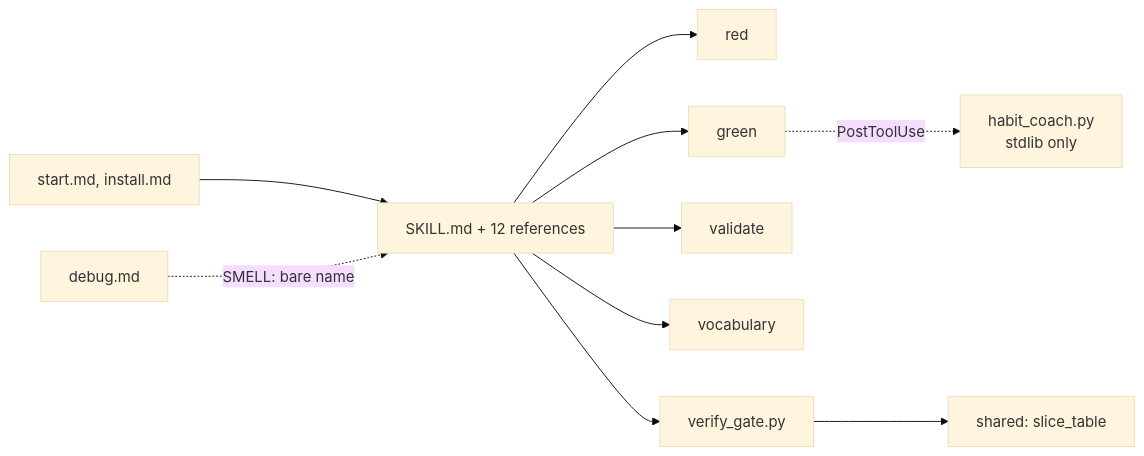
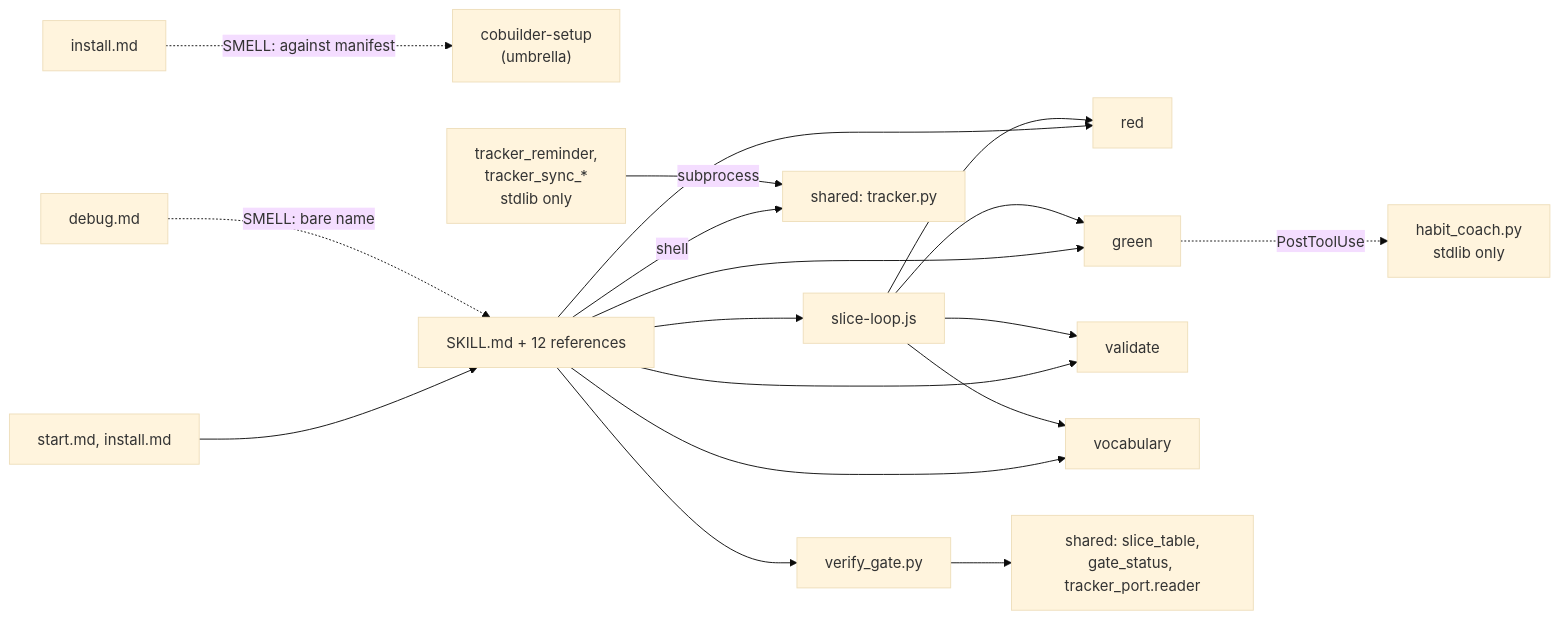
One commit to bjornslib/cobuilder-plugin changed the second of 2 diagrams in docs/architecture/contexts/implement/canvas.md. Above: the diagram before and after it, drawn with Mermaid (base theme). The commit also changed other lines of this file and 18 other files, not shown here.

````diff
--- a/docs/architecture/contexts/implement/canvas.md
+++ b/docs/architecture/contexts/implement/canvas.md
@@ -108,23 +117,36 @@
 ```mermaid
 flowchart LR
     start["start.md, install.md"]
     dbg["debug.md"]
+    inst["install.md"]
+    umb["cobuilder-setup<br/>(umbrella)"]
+    wf["slice-loop.js"]
     build["SKILL.md + 12 references"]
     red["red"]
     green["green"]
     val["validate"]
     voc["vocabulary"]
     hc["habit_coach.py<br/>stdlib only"]
+    th["tracker_reminder,<br/>tracker_sync_*<br/>stdlib only"]
+    tr["shared: tracker.py"]
     vg["verify_gate.py"]
-    st["shared: slice_table"]
+    st["shared: slice_table,<br/>gate_status, tracker_port.reader"]
 
     start --> build
     build --> red
     build --> green
     build --> val
     build --> voc
     green -.->|PostToolUse| hc
     build --> vg
+    build --> wf
+    wf --> red
+    wf --> green
+    wf --> val
+    wf --> voc
     vg --> st
+    build -->|shell| tr
+    th -->|subprocess| tr
+    inst -.->|SMELL: against manifest| umb
     dbg -.->|SMELL: bare name| build
 ```
````
